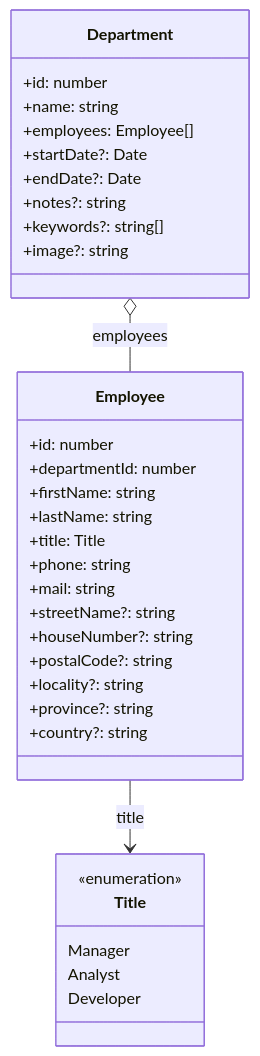
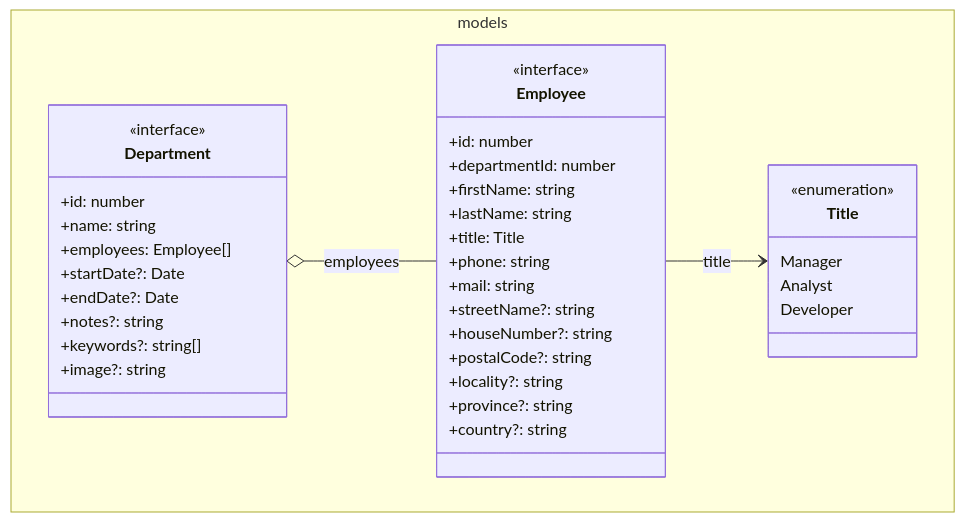
One commit to k1729p/Study27 changed the diagram in docs/mermaid/classDiagram.md. Above: the diagram before and after it, drawn with Mermaid. The commit also changed 2 other files, not shown here.

````diff
--- a/docs/mermaid/classDiagram.md
+++ b/docs/mermaid/classDiagram.md
@@ -1,37 +1,41 @@
 ```mermaid
 classDiagram
 direction TD
-class Department {
- +id: number
- +name: string
- +employees: Employee[]
- +startDate?: Date
- +endDate?: Date
- +notes?: string
- +keywords?: string[]
- +image?: string
-}
-class Employee {
- +id: number
- +departmentId: number
- +firstName: string
- +lastName: string
- +title: Title
- +phone: string
- +mail: string
- +streetName?: string
- +houseNumber?: string
- +postalCode?: string
- +locality?: string
- +province?: string
- +country?: string
-}
-class Title {
- <<enumeration>>
- Manager
- Analyst
- Developer
+namespace models {
+  class Department {
+    <<interface>>
+    +id: number
+    +name: string
+    +employees: Employee[]
+    +startDate?: Date
+    +endDate?: Date
+    +notes?: string
+    +keywords?: string[]
+    +image?: string
+  }
+  class Employee {
+    <<interface>>
+    +id: number
+    +departmentId: number
+    +firstName: string
+    +lastName: string
+    +title: Title
+    +phone: string
+    +mail: string
+    +streetName?: string
+    +houseNumber?: string
+    +postalCode?: string
+    +locality?: string
+    +province?: string
+    +country?: string
+  }
+  class Title {
+    <<enumeration>>
+    Manager
+    Analyst
+    Developer
+  }
 }
 Department o-- Employee  : employees
 Employee --> Title : title
 ```
````
